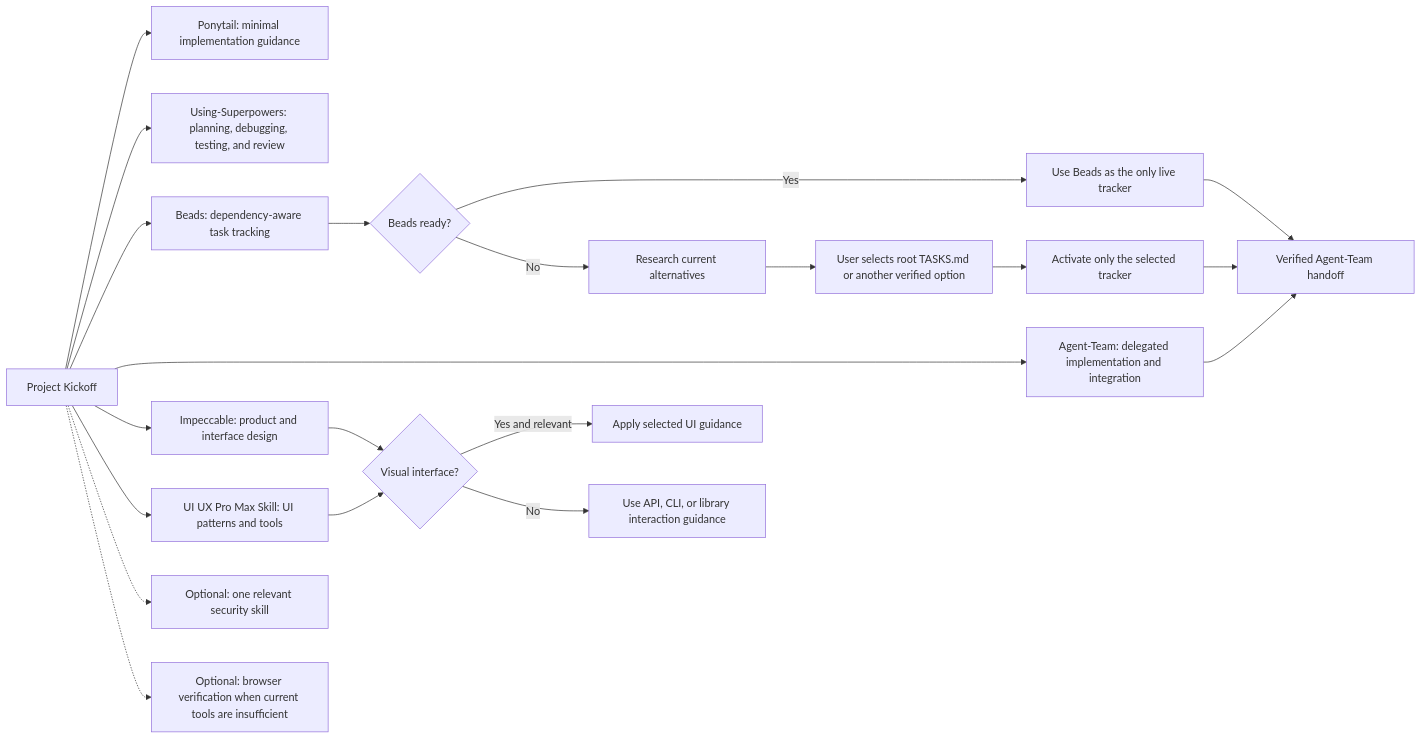
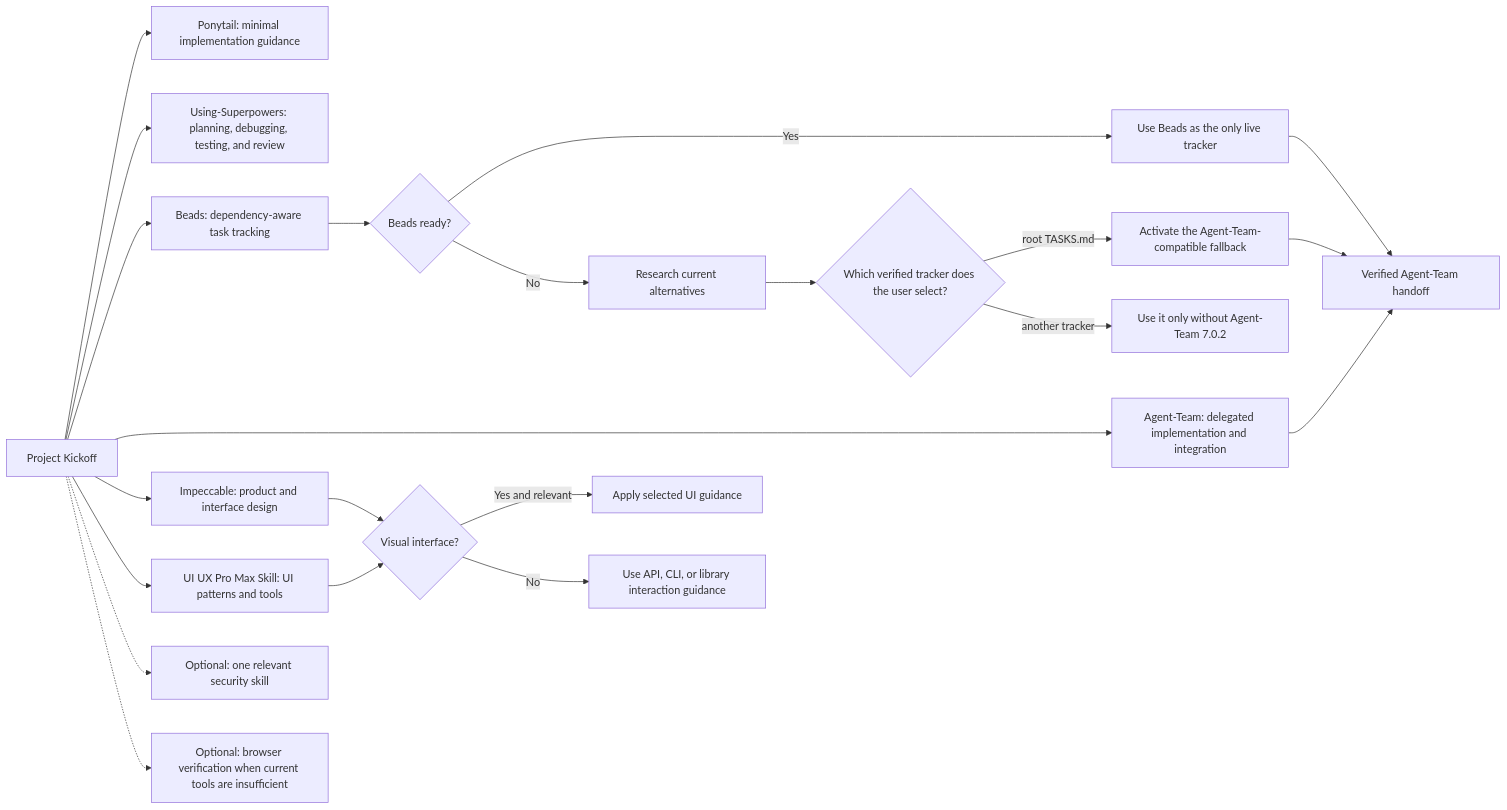
One commit to thebpandey/project-kickoff changed the second of 2 diagrams in README.md. Above: the diagram before and after it, drawn with Mermaid. The commit also changed other lines of this file and 17 other files, not shown here.

Commit message:
fix: align handoff with Agent-Team 7.0.2

````diff
--- a/README.md
+++ b/README.md
@@ -116,26 +123,27 @@
 ```mermaid
 flowchart LR
     PK["Project Kickoff"] --> P["Ponytail: minimal implementation guidance"]
     PK --> S["Using-Superpowers: planning, debugging, testing, and review"]
     PK --> B["Beads: dependency-aware task tracking"]
     PK --> A["Agent-Team: delegated implementation and integration"]
     PK --> I["Impeccable: product and interface design"]
     PK --> UI["UI UX Pro Max Skill: UI patterns and tools"]
 
     B --> BR{"Beads ready?"}
     BR -->|Yes| BT["Use Beads as the only live tracker"]
     BR -->|No| RESEARCH["Research current alternatives"]
-    RESEARCH --> USER["User selects root TASKS.md or another verified option"]
-    USER --> FT["Activate only the selected tracker"]
+    RESEARCH --> USER{"Which verified tracker does the user select?"}
+    USER -->|root TASKS.md| FT["Activate the Agent-Team-compatible fallback"]
+    USER -->|another tracker| NAT["Use it only without Agent-Team 7.0.2"]
 
     I --> VIS{"Visual interface?"}
     UI --> VIS
     VIS -->|Yes and relevant| DESIGN["Apply selected UI guidance"]
     VIS -->|No| NONVIS["Use API, CLI, or library interaction guidance"]
 
     PK -.-> SEC["Optional: one relevant security skill"]
     PK -.-> BROWSER["Optional: browser verification when current tools are insufficient"]
     BT --> HANDOFF["Verified Agent-Team handoff"]
     FT --> HANDOFF
     A --> HANDOFF
 ```
````
